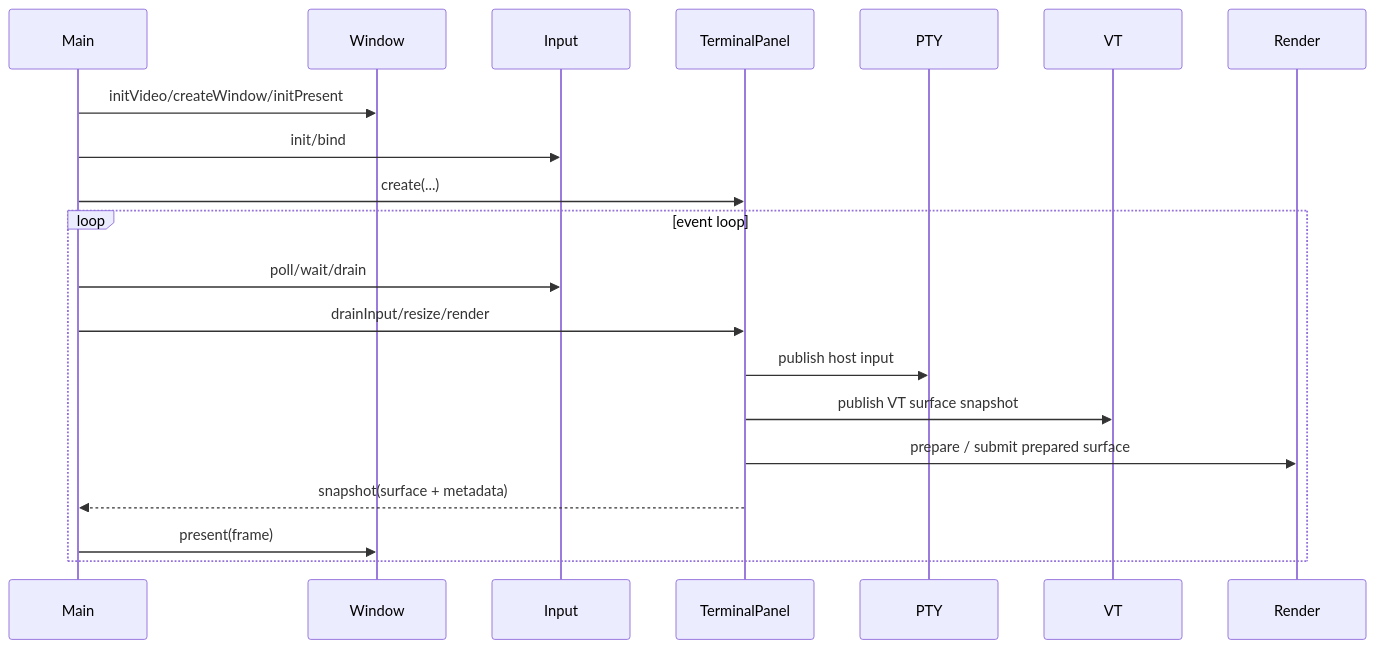
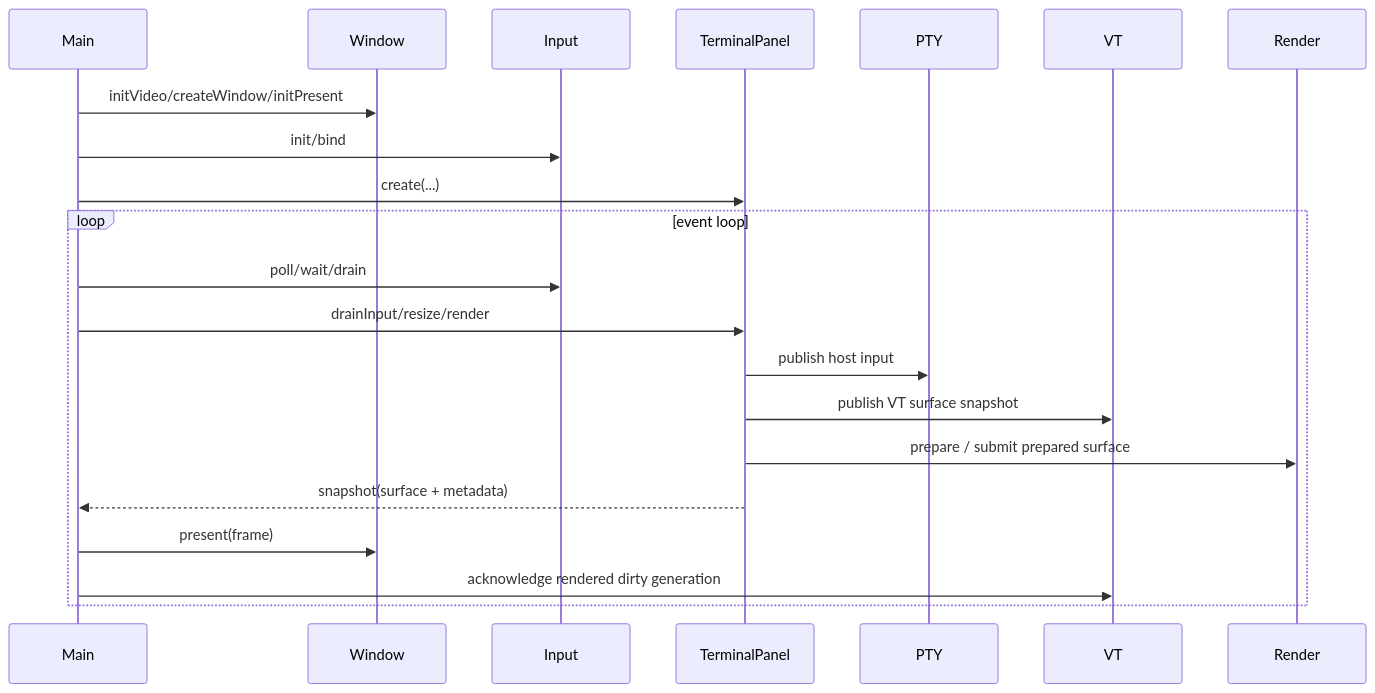
One commit to LaurenceGuws/howl-linux-host changed the third of 3 diagrams in design.md. Above: the diagram before and after it, drawn with Mermaid. The commit also changed other lines of this file and 2 other files, not shown here.

Commit message:
host: tighten rendered base docs and present path

````diff
--- a/design.md
+++ b/design.md
@@ -67,23 +68,24 @@
 ```mermaid
 sequenceDiagram
     participant Main
     participant W as Window
     participant I as Input
     participant T as TerminalPanel
     participant P as PTY
     participant V as VT
     participant R as Render
 
     Main->>W: initVideo/createWindow/initPresent
     Main->>I: init/bind
     Main->>T: create(...)
     loop event loop
         Main->>I: poll/wait/drain
         Main->>T: drainInput/resize/render
         T->>P: publish host input
         T->>V: publish VT surface snapshot
         T->>R: prepare / submit prepared surface
         T-->>Main: snapshot(surface + metadata)
         Main->>W: present(frame)
+        Main->>V: acknowledge rendered dirty generation
     end
 ```
````
